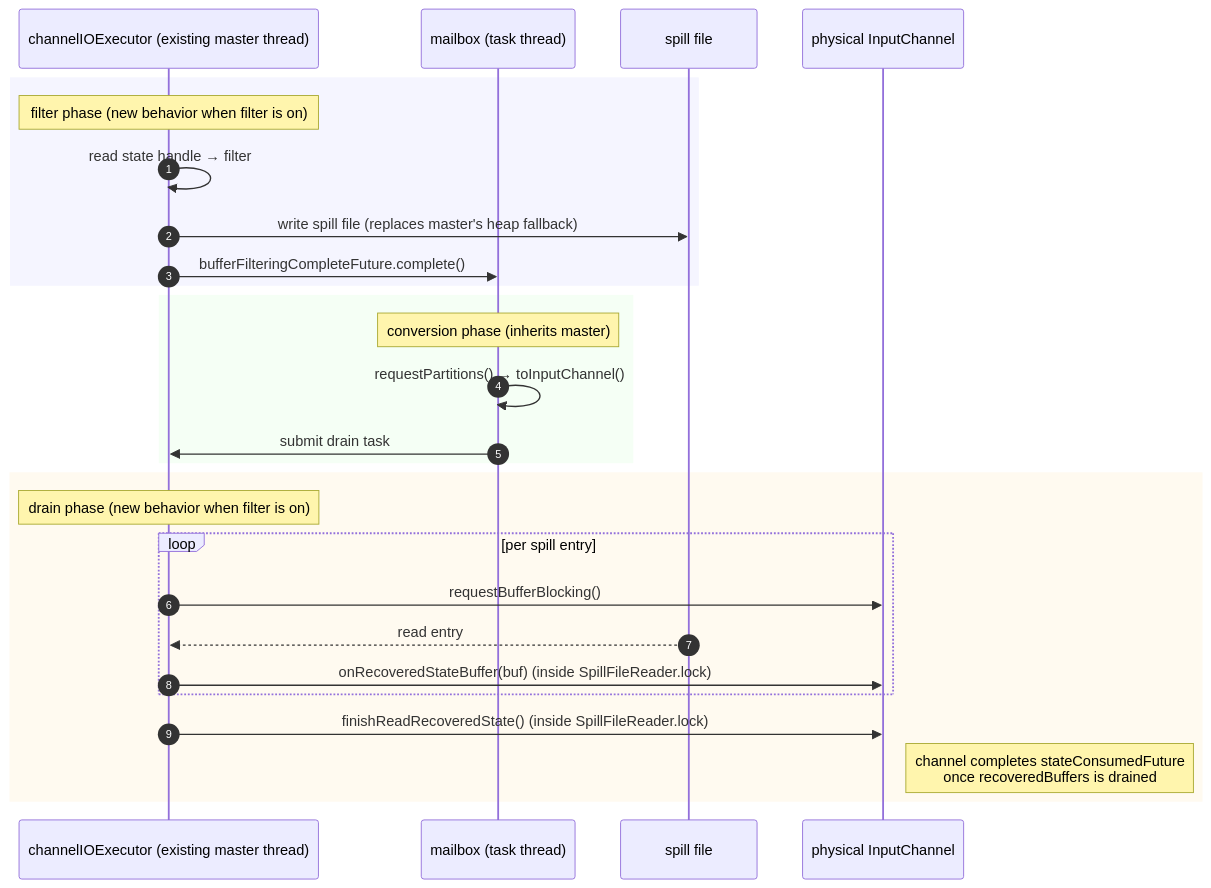
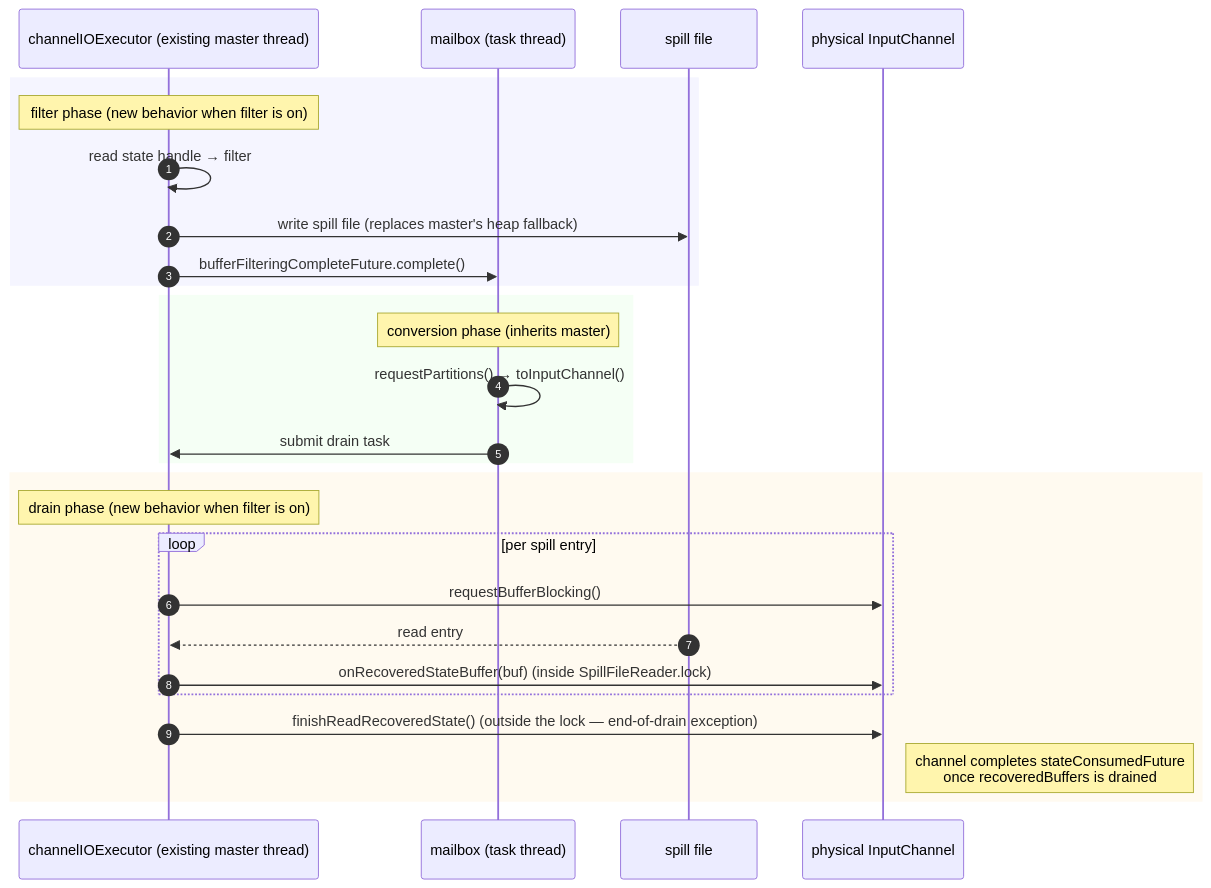
One commit to 1996fanrui/flink changed the first of 2 diagrams in requirements/38544/simplify_approach/overview.md. Above: the diagram before and after it, drawn with Mermaid. The commit also changed other lines of this file and 1 other file, not shown here.

Commit message:
[FLINK-38544][docs] Cross-doc consistency sweep after end-of-drain lock change
Bring four stale call-outs in line with the end-of-drain exception
(finishReadRecoveredState runs outside SpillFileReader.lock):

- overview.md §2 sequence diagram: finishReadRecoveredState arrow now
  says "outside the lock" instead of "inside SpillFileReader.lock".
- overview.md §5 Step 1: rename the held reference from `unspiller`
  to `recoveryCheckpointTrigger` so the variable matches the
  interface-typed reference used in coordination.md §3.2.
- input_channel.md §1: tighten the lock principle bullet to
  "recovery-data add to recoveredBuffers" and flag the end-of-drain
  exception explicitly.
- input_channel.md §4: invariant for allRecoveredBuffersDelivered now
  attributes the false→true flip to the channel-internal monitor
  rather than SpillFileReader.lock.

````diff
--- a/requirements/38544/simplify_approach/overview.md
+++ b/requirements/38544/simplify_approach/overview.md
@@ -33,29 +33,29 @@
 ```mermaid
 sequenceDiagram
     autonumber
     participant CIO as channelIOExecutor (existing master thread)
     participant MB  as mailbox (task thread)
     participant DISK as spill file
     participant PC  as physical InputChannel
     rect rgb(245,245,255)
       Note over CIO: filter phase (new behavior when filter is on)
       CIO->>CIO: read state handle → filter
       CIO->>DISK: write spill file (replaces master's heap fallback)
       CIO->>MB: bufferFilteringCompleteFuture.complete()
     end
     rect rgb(245,255,245)
       Note over MB: conversion phase (inherits master)
       MB->>MB: requestPartitions() → toInputChannel()
       MB->>CIO: submit drain task
     end
     rect rgb(255,250,240)
       Note over CIO: drain phase (new behavior when filter is on)
       loop per spill entry
         CIO->>PC: requestBufferBlocking()
         DISK-->>CIO: read entry
         CIO->>PC: onRecoveredStateBuffer(buf) (inside SpillFileReader.lock)
       end
-      CIO->>PC: finishReadRecoveredState() (inside SpillFileReader.lock)
+      CIO->>PC: finishReadRecoveredState() (outside the lock — end-of-drain exception)
       Note right of PC: channel completes stateConsumedFuture<br/>once recoveredBuffers is drained
     end
 ```
````
